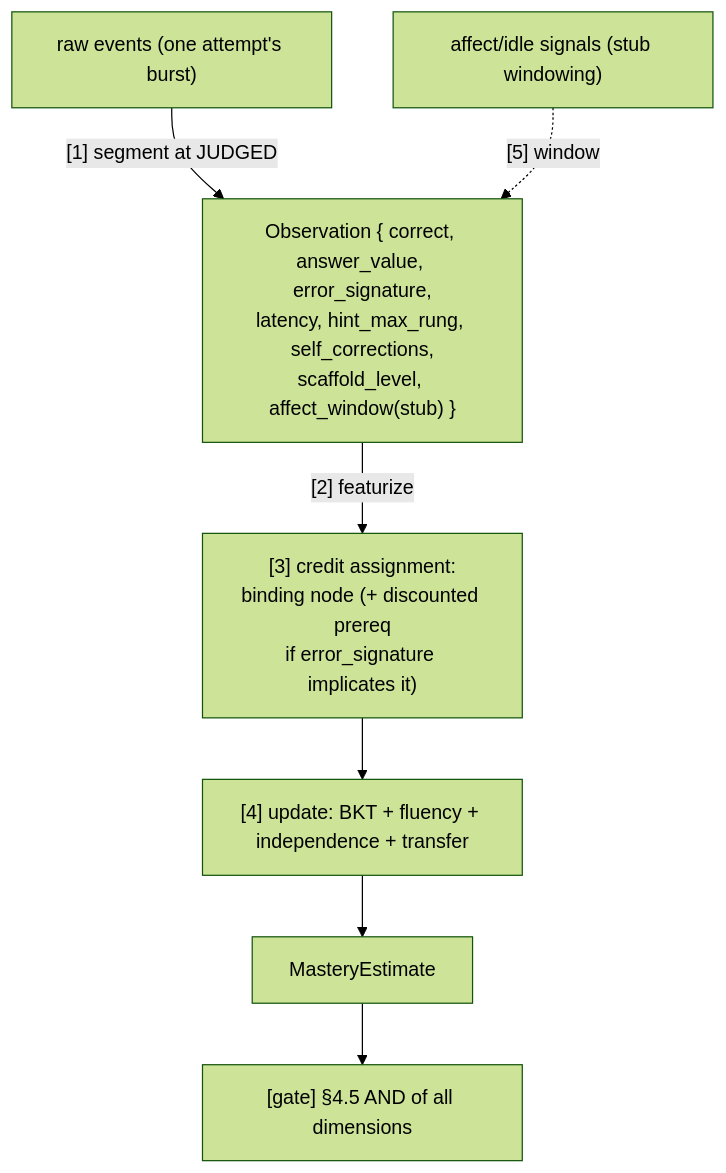
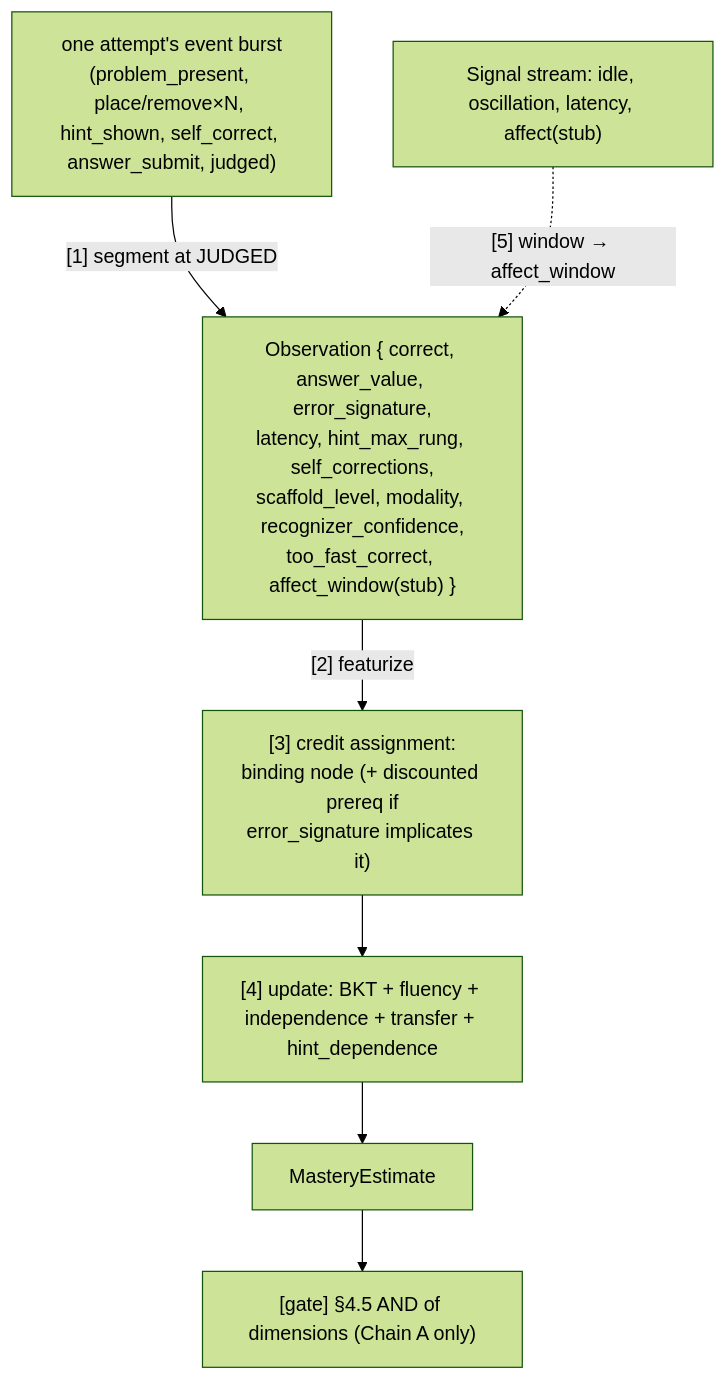
The second of 3 diagrams in docs/plans/2026-05-31-002-feat-mastery-adaptive-flow-plan.md (MatthewDaw/fractions_tutorial), drawn with Mermaid (forest theme) before and after one commit. The commit also changed other lines of this file and 56 other files, not shown here.

````diff
--- a/docs/plans/2026-05-31-002-feat-mastery-adaptive-flow-plan.md
+++ b/docs/plans/2026-05-31-002-feat-mastery-adaptive-flow-plan.md
@@ -153,9 +230,9 @@
 ```mermaid
 flowchart TB
-  Raw["raw events (one attempt's burst)"] -->|"[1] segment at JUDGED"| Obs
-  Obs["Observation { correct, answer_value, error_signature,\nlatency, hint_max_rung, self_corrections,\nscaffold_level, affect_window(stub) }"] -->|"[2] featurize"| Route
-  Route["[3] credit assignment:\nbinding node (+ discounted prereq\nif error_signature implicates it)"] --> Update
-  Update["[4] update: BKT + fluency + independence + transfer"] --> Est["MasteryEstimate"]
-  Est --> GateStep["[gate] §4.5 AND of all dimensions"]
-  WindowSig["affect/idle signals (stub windowing)"] -.->|"[5] window"| Obs
+  Raw["one attempt's event burst\n(problem_present, place/remove×N, hint_shown, self_correct, answer_submit, judged)"] -->|"[1] segment at JUDGED"| Obs
+  Obs["Observation { correct, answer_value, error_signature,\nlatency, hint_max_rung, self_corrections,\nscaffold_level, modality, recognizer_confidence,\ntoo_fast_correct, affect_window(stub) }"] -->|"[2] featurize"| Route
+  Route["[3] credit assignment:\nbinding node (+ discounted prereq if\nerror_signature implicates it)"] --> Update
+  Update["[4] update: BKT + fluency + independence + transfer + hint_dependence"] --> Estr["MasteryEstimate"]
+  Estr --> GateStep["[gate] §4.5 AND of dimensions (Chain A only)"]
+  Sig["Signal stream: idle, oscillation, latency, affect(stub)"] -.->|"[5] window → affect_window"| Obs
 ```
````
